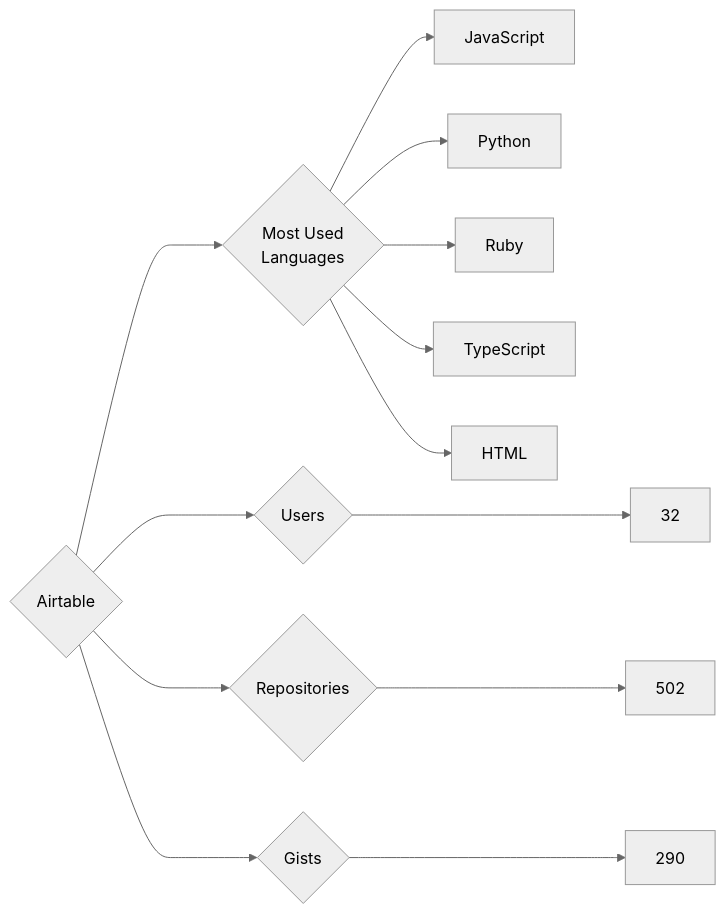
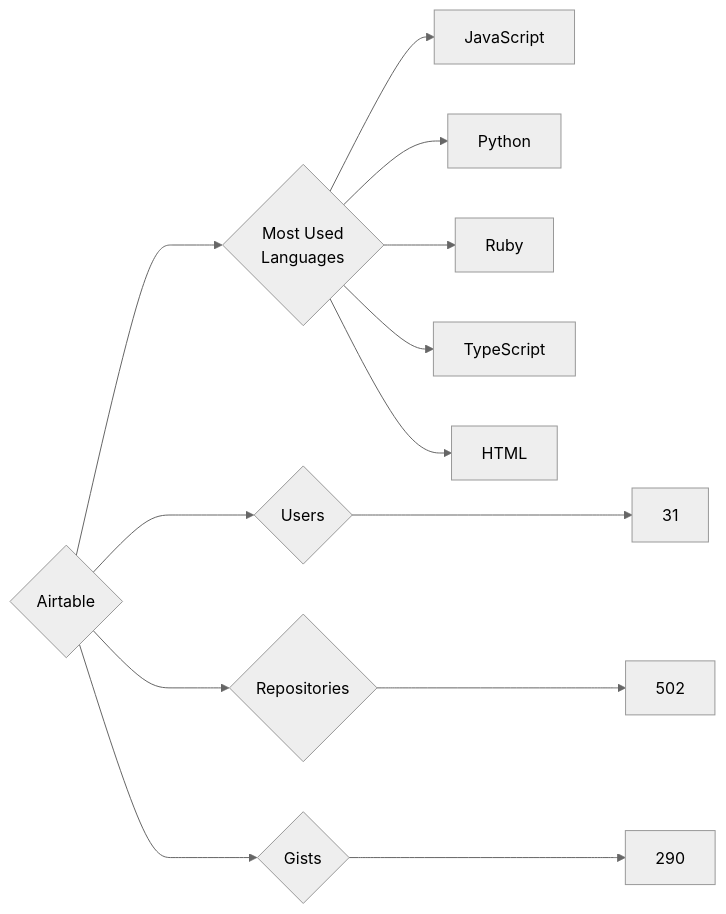
Before and after one commit to trickest/insiders: the diagram in targets/Airtable/README.md, drawn with Mermaid (neutral theme). The commit also changed 748 other files, not shown here.

````diff
--- a/targets/Airtable/README.md
+++ b/targets/Airtable/README.md
@@ -3,13 +3,13 @@
 ```mermaid
 graph LR
 COMPANY_NAME{Airtable}
-COMPANY_NAME ---> U{Users} ---> UN[32]
+COMPANY_NAME ---> U{Users} ---> UN[31]
 COMPANY_NAME ---> R{Repositories} ---> RN[502]
 COMPANY_NAME ---> G{Gists} ---> GN[290]
 COMPANY_NAME ---> ML{Most Used<br>Languages}
 ML --> JavaScript[JavaScript]
 ML --> Python[Python]
 ML --> Ruby[Ruby]
 ML --> TypeScript[TypeScript]
 ML --> HTML[HTML]
 ```
````
